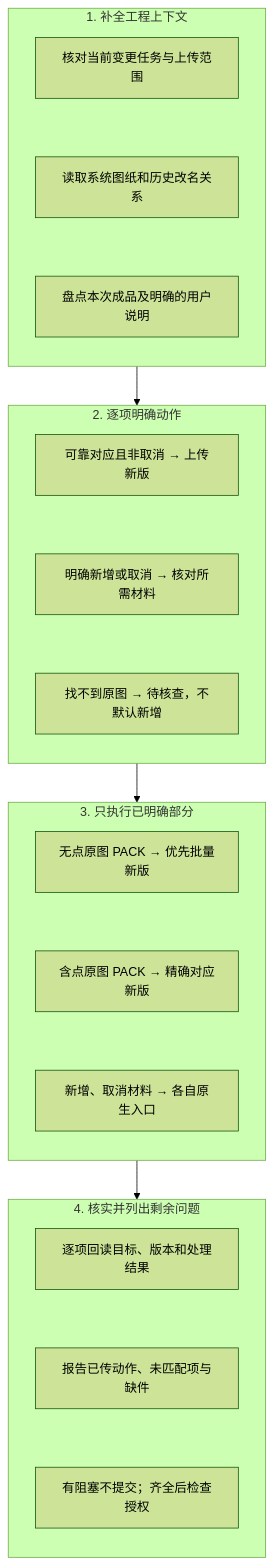
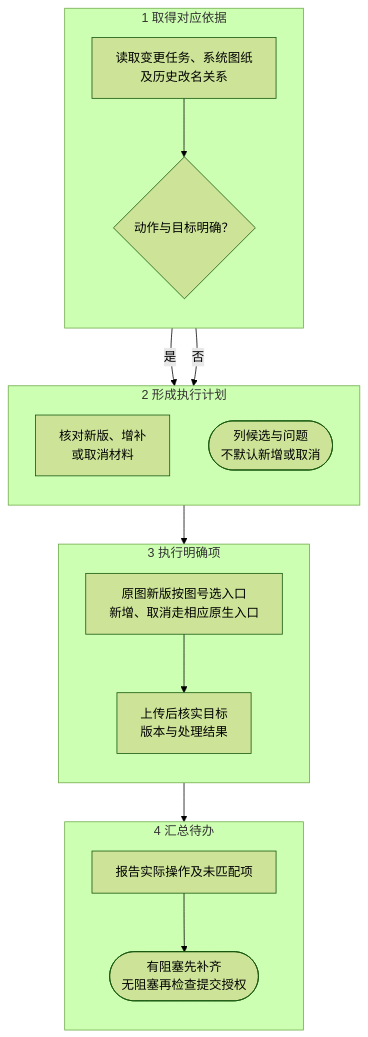
The diagram in docs/upload-guide/sources/02-change.mmd (Zazia/blueprint-batch-upload), drawn with Mermaid (forest theme) before and after one commit. The commit also changed 51 other files, not shown here.

Commit message:
Refocus article on Guangzhou designers and restore grouped flowcharts

```diff
--- a/docs/upload-guide/sources/02-change.mmd
+++ b/docs/upload-guide/sources/02-change.mmd
@@ -1,32 +1,28 @@
 flowchart TD
-  subgraph S0["1. 补全工程上下文"]
+  subgraph S0["1 取得对应依据"]
     direction TB
-    N00["核对当前变更任务与上传范围"]
-    N01["读取系统图纸和历史改名关系"]
-    N02["盘点本次成品及明确的用户说明"]
-    N00 ~~~ N01 ~~~ N02
+    a["读取变更任务、系统图纸<br/>及历史改名关系"]
+    b{"动作与目标明确？"}
   end
-  subgraph S1["2. 逐项明确动作"]
+  subgraph S1["2 形成执行计划"]
     direction TB
-    N10["可靠对应且非取消 → 上传新版"]
-    N11["明确新增或取消 → 核对所需材料"]
-    N12["找不到原图 → 待核查，不默认新增"]
-    N10 ~~~ N11 ~~~ N12
+    c["核对新版、增补<br/>或取消材料"]
+    d(["列候选与问题<br/>不默认新增或取消"])
   end
-  S0 --> S1
-  subgraph S2["3. 只执行已明确部分"]
+  subgraph S2["3 执行明确项"]
     direction TB
-    N20["无点原图 PACK → 优先批量新版"]
-    N21["含点原图 PACK → 精确对应新版"]
-    N22["新增、取消材料 → 各自原生入口"]
-    N20 ~~~ N21 ~~~ N22
+    e["原图新版按图号选入口<br/>新增、取消走相应原生入口"]
+    f["上传后核实目标<br/>版本与处理结果"]
   end
-  S1 --> S2
-  subgraph S3["4. 核实并列出剩余问题"]
+  subgraph S3["4 汇总待办"]
     direction TB
-    N30["逐项回读目标、版本和处理结果"]
-    N31["报告已传动作、未匹配项与缺件"]
-    N32["有阻塞不提交；齐全后检查授权"]
-    N30 ~~~ N31 ~~~ N32
+    g["报告实际操作及未匹配项"]
+    h(["有阻塞先补齐<br/>无阻塞再检查提交授权"])
   end
-  S2 --> S3
+  a --> b
+  b -->|是| c
+  b -->|否| d
+  c --> e
+  e --> f
+  f --> g
+  g --> h
```
